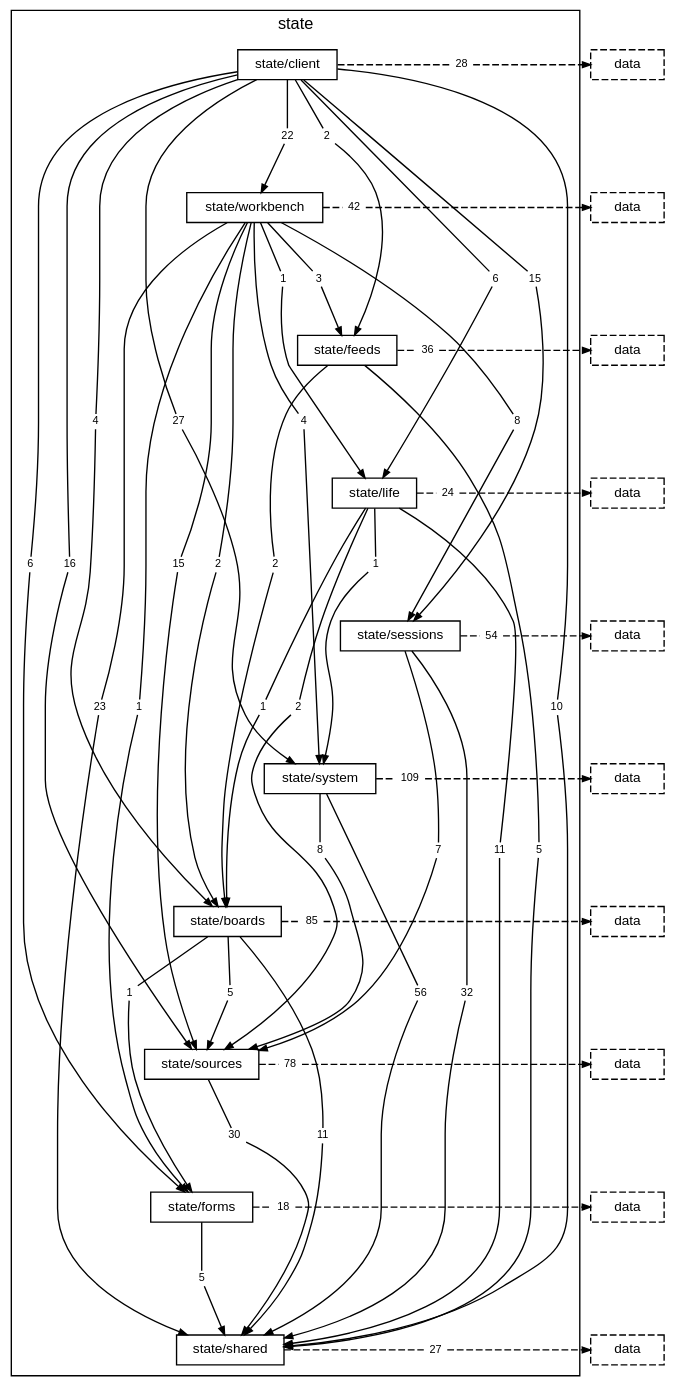
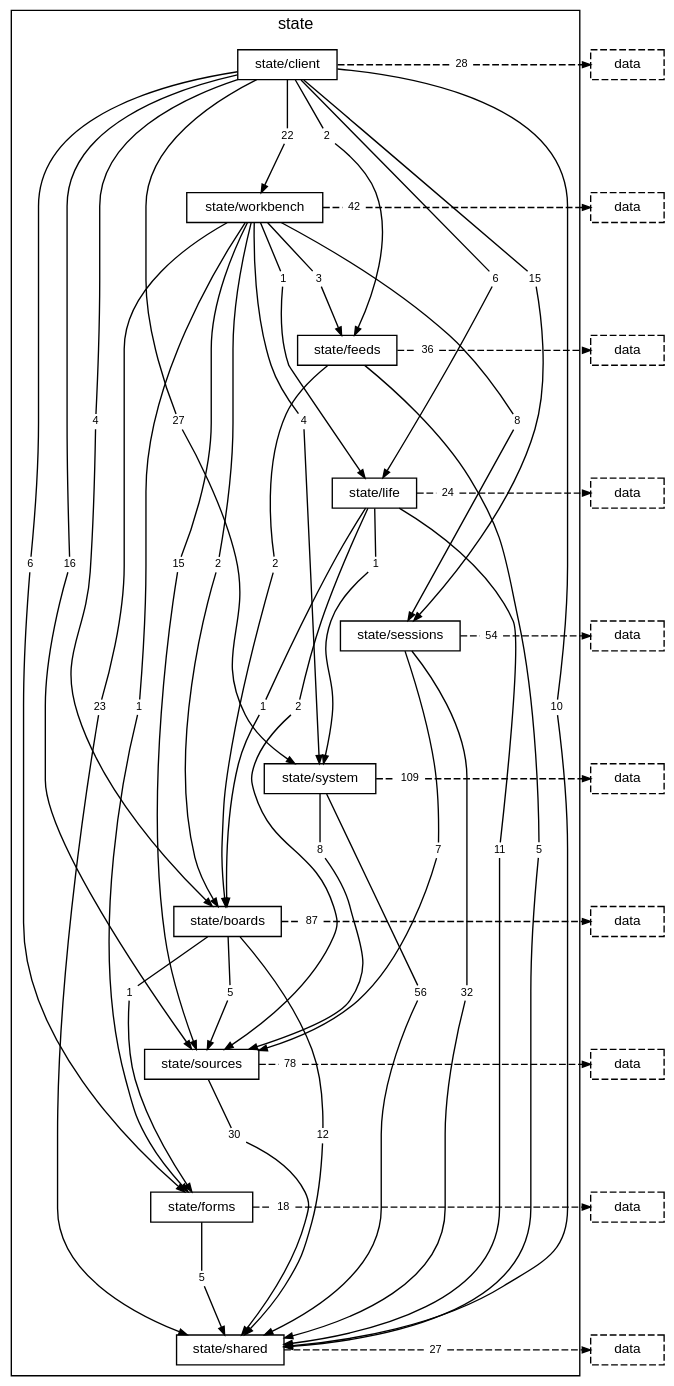
One commit to TheAxeC/oculus changed the diagram in docs/diagrams/layer-state.dot. Above: the diagram before and after it, drawn with Graphviz. The commit also changed 73 other files, not shown here.

```diff
--- a/docs/diagrams/layer-state.dot
+++ b/docs/diagrams/layer-state.dot
@@ -48,9 +48,9 @@
         "folder state/system to folder state/sources" [label="8", shape=box, color="transparent", fontsize=8, width=0, height=0, margin="0.04,0.02"];
         "folder state/system to layer data" [label="109", shape=box, color="transparent", fontsize=8, width=0, height=0, margin="0.04,0.02"];
         "folder state/boards to folder state/forms" [label="1", shape=box, color="transparent", fontsize=8, width=0, height=0, margin="0.04,0.02"];
-        "folder state/boards to folder state/shared" [label="11", shape=box, color="transparent", fontsize=8, width=0, height=0, margin="0.04,0.02"];
+        "folder state/boards to folder state/shared" [label="12", shape=box, color="transparent", fontsize=8, width=0, height=0, margin="0.04,0.02"];
         "folder state/boards to folder state/sources" [label="5", shape=box, color="transparent", fontsize=8, width=0, height=0, margin="0.04,0.02"];
-        "folder state/boards to layer data" [label="85", shape=box, color="transparent", fontsize=8, width=0, height=0, margin="0.04,0.02"];
+        "folder state/boards to layer data" [label="87", shape=box, color="transparent", fontsize=8, width=0, height=0, margin="0.04,0.02"];
         "folder state/sources to folder state/shared" [label="30", shape=box, color="transparent", fontsize=8, width=0, height=0, margin="0.04,0.02"];
         "folder state/sources to layer data" [label="78", shape=box, color="transparent", fontsize=8, width=0, height=0, margin="0.04,0.02"];
         "folder state/forms to folder state/shared" [label="5", shape=box, color="transparent", fontsize=8, width=0, height=0, margin="0.04,0.02"];
```
